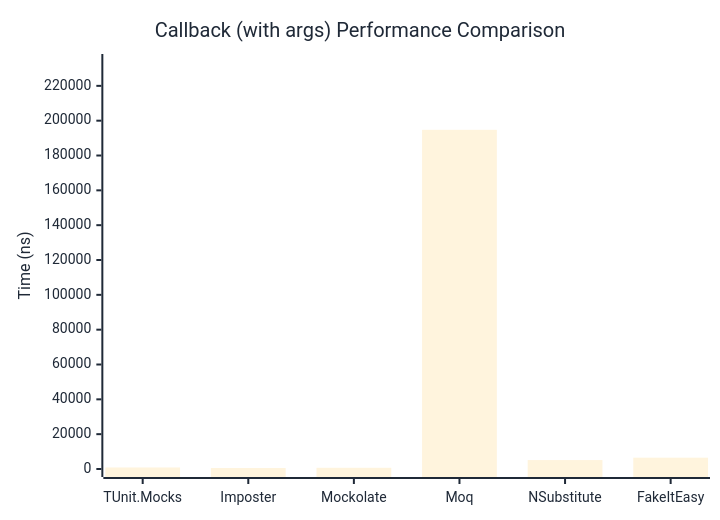
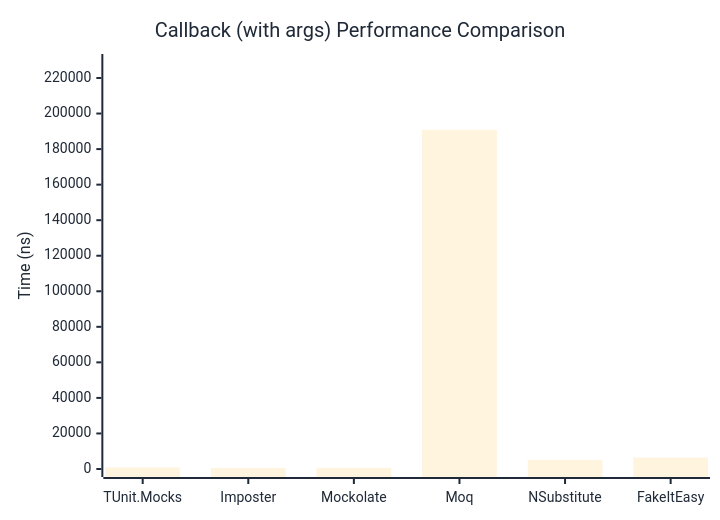
The second of 2 diagrams in docs/docs/benchmarks/mocks/Callback.md (thomhurst/TUnit), drawn with Mermaid before and after one commit. The commit also changed other lines of this file and 14 other files, not shown here.

````diff
--- a/docs/docs/benchmarks/mocks/Callback.md
+++ b/docs/docs/benchmarks/mocks/Callback.md
@@ -69,27 +69,27 @@
 ```mermaid
 %%{init: {
   'theme':'base',
   'themeVariables': {
     'primaryColor': '#2563eb',
     'primaryTextColor': '#1f2937',
     'primaryBorderColor': '#1e40af',
     'lineColor': '#6b7280',
     'secondaryColor': '#7c3aed',
     'tertiaryColor': '#dc2626',
     'background': '#ffffff',
     'pie1': '#2563eb',
     'pie2': '#7c3aed',
     'pie3': '#dc2626',
     'pie4': '#f59e0b',
     'pie5': '#10b981',
     'pie6': '#06b6d4',
     'pie7': '#ec4899',
     'pie8': '#6366f1'
   }
 }}%%
 xychart-beta
   title "Callback (with args) Performance Comparison"
   x-axis ["TUnit.Mocks", "Imposter", "Mockolate", "Moq", "NSubstitute", "FakeItEasy"]
-  y-axis "Time (ns)" 0 --> 233695
-  bar [874.4, 566.8, 698.7, 194745.5, 5126.7, 6496.5]
+  y-axis "Time (ns)" 0 --> 229006
+  bar [854.9, 553, 666.6, 190837.9, 5149.2, 6425.4]
 ```
````
